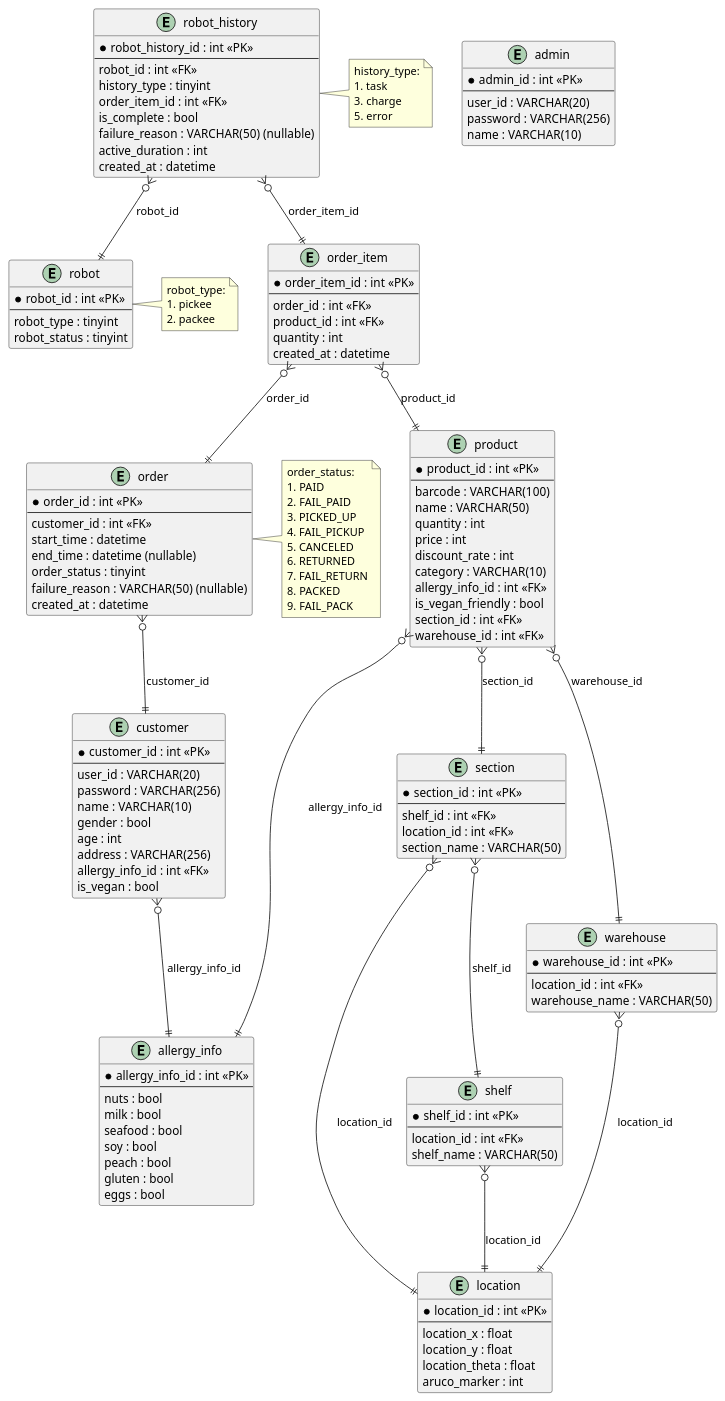
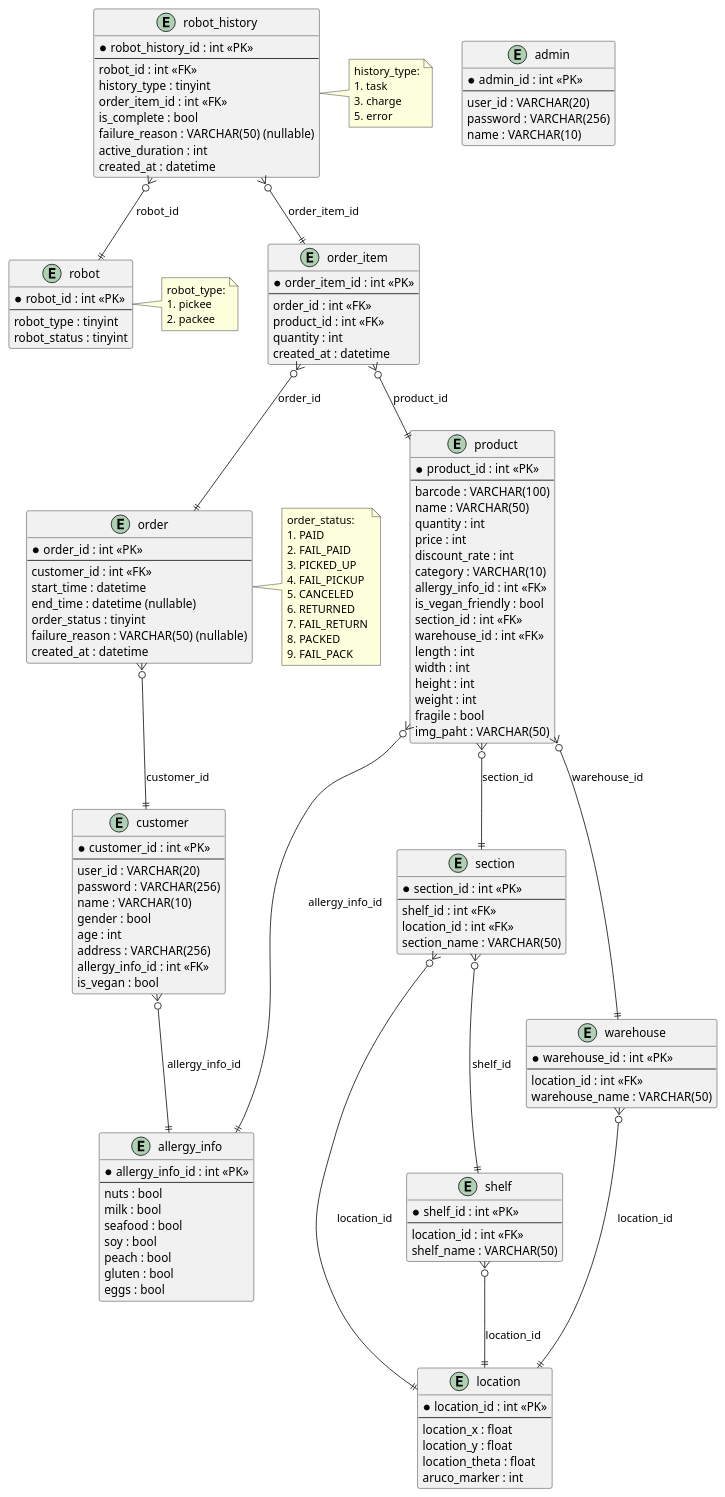
Before and after one commit to addinedu-roscamp-7th/roscamp-repo-1: the diagram in docs/ERDiagram/ERDiagram.md, drawn with PlantUML.

Commit message:
[ERD] product테이블에 컬럼 추가

```diff
--- a/docs/ERDiagram/ERDiagram.md
+++ b/docs/ERDiagram/ERDiagram.md
@@ -50,6 +50,12 @@
   is_vegan_friendly : bool
   section_id : int <<FK>>
   warehouse_id : int <<FK>>
+  length : int
+  width : int
+  height : int
+  weight : int
+  fragile : bool
+  img_paht : VARCHAR(50)
 }
 
 entity "order" {
```
